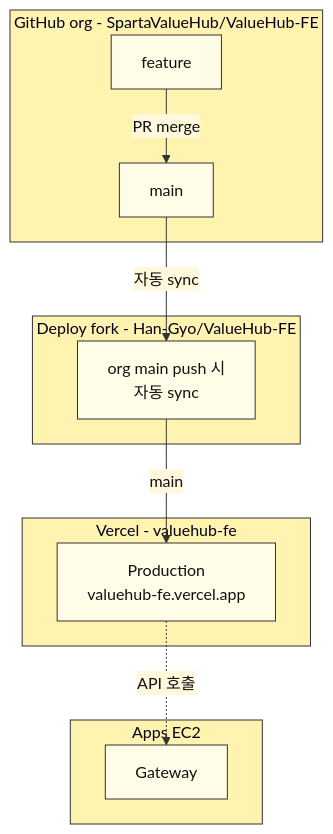
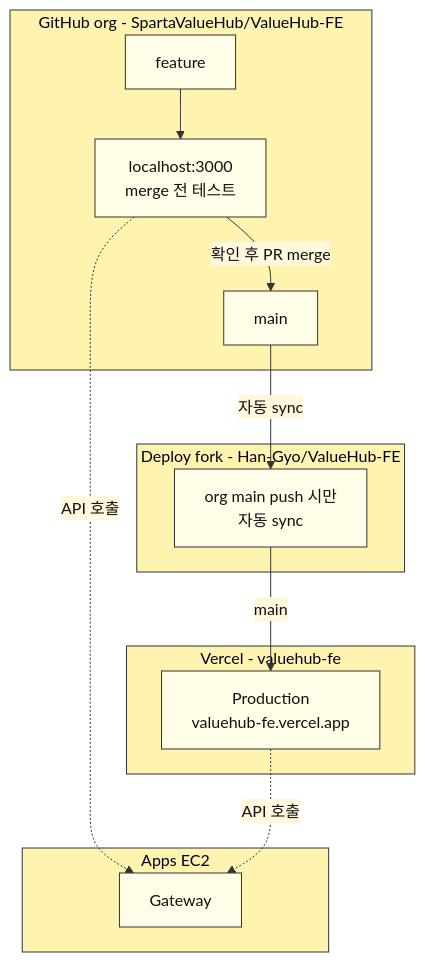
One commit to SpartaValueHub/ValueHub-FE changed the first of 6 diagrams in docs/vercel-deploy-team-notice.md. Above: the diagram before and after it, drawn with Mermaid. The commit also changed other lines of this file, not shown here.

Commit message:
docs: merge 전 테스트는 localhost, develop Preview 흐름 제거

````diff
--- a/docs/vercel-deploy-team-notice.md
+++ b/docs/vercel-deploy-team-notice.md
@@ -32,40 +34,43 @@
 ```mermaid
 %%{init: {
   "theme": "base",
   "themeVariables": {
     "primaryColor": "#FFF3B0",
     "primaryTextColor": "#111",
     "primaryBorderColor": "#333",
     "lineColor": "#333",
     "secondaryColor": "#FFF8DC",
     "tertiaryColor": "#FFFDE7",
     "clusterBkg": "#FFF3B0",
     "clusterBorder": "#333"
   }
 }}%%
 flowchart TB
   subgraph Org["GitHub org - SpartaValueHub/ValueHub-FE"]
     FEAT["feature"]
+    LOCAL["localhost:3000<br/>merge 전 테스트"]
     MAIN["main"]
-    FEAT -->|PR merge| MAIN
+    FEAT --> LOCAL
+    LOCAL -->|확인 후 PR merge| MAIN
   end
 
   subgraph Fork["Deploy fork - Han-Gyo/ValueHub-FE"]
-    SYNC["org main push 시<br/>자동 sync"]
+    SYNC["org main push 시만<br/>자동 sync"]
   end
 
   subgraph Vercel["Vercel - valuehub-fe"]
     PROD["Production<br/>valuehub-fe.vercel.app"]
   end
 
   subgraph EC2["Apps EC2"]
     GW["Gateway"]
   end
 
+  LOCAL -.->|API 호출| GW
   MAIN -->|자동 sync| SYNC
   SYNC -->|main| PROD
   PROD -.->|API 호출| GW
 
   classDef node fill:#FFFDE7,stroke:#333,color:#111;
-  class FEAT,MAIN,SYNC,PROD,GW node;
+  class FEAT,LOCAL,MAIN,SYNC,PROD,GW node;
 ```
````
